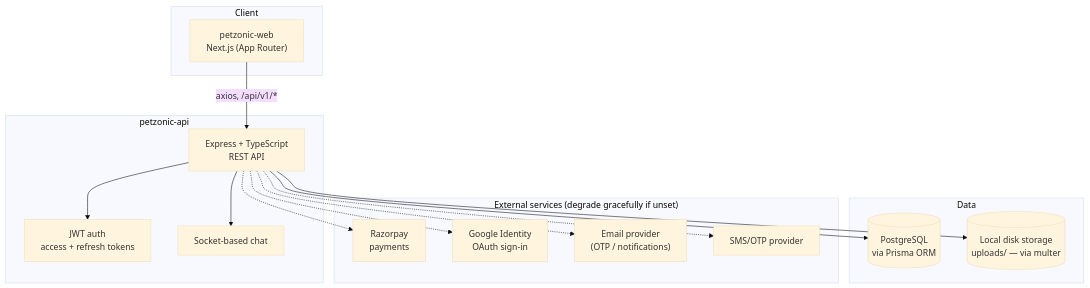
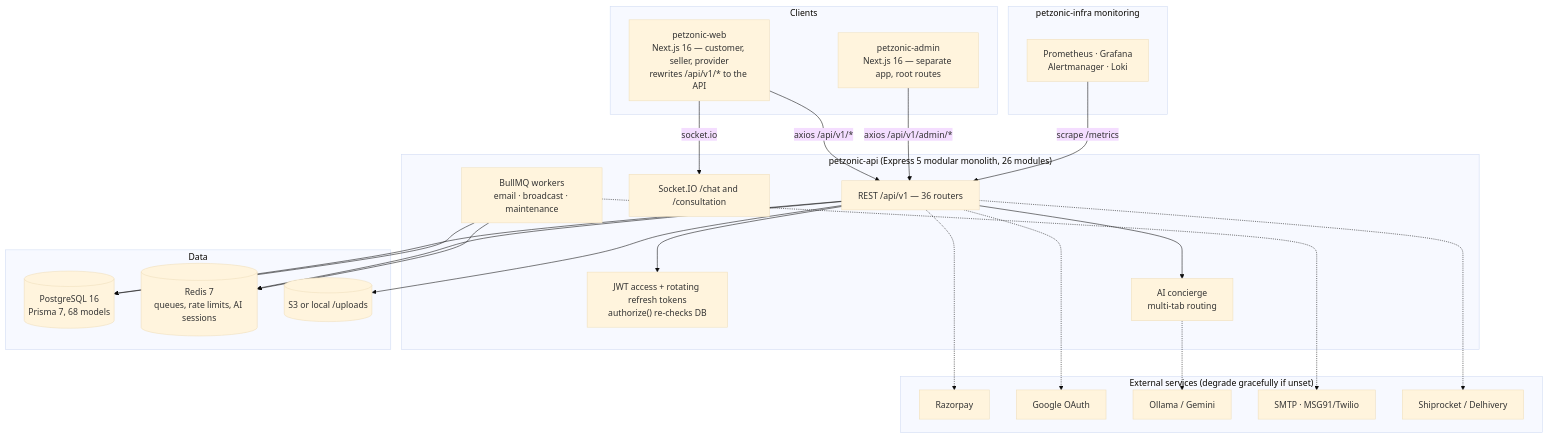
The fourth of 5 diagrams in docs/08-appication-visual diagram/application-interconnection.md (sudarsan-22/PetZonic), drawn with Mermaid (base theme) before and after one commit. The commit also changed other lines of this file and 44 other files, not shown here.

````diff
--- a/docs/08-appication-visual diagram/application-interconnection.md
+++ b/docs/08-appication-visual diagram/application-interconnection.md
@@ -149,34 +149,50 @@
 ```mermaid
 graph TB
-    subgraph Client
-        WEB["petzonic-web<br/>Next.js (App Router)"]
+    subgraph Clients
+        WEB["petzonic-web<br/>Next.js 16 — customer, seller, provider<br/>rewrites /api/v1/* to the API"]
+        ADM["petzonic-admin<br/>Next.js 16 — separate app, root routes"]
     end
 
-    subgraph Backend["petzonic-api"]
-        EXP["Express + TypeScript<br/>REST API"]
-        AUTH["JWT auth<br/>access + refresh tokens"]
-        SOCKET["Socket-based chat"]
+    subgraph Backend["petzonic-api (Express 5 modular monolith, 26 modules)"]
+        EXP["REST /api/v1 — 36 routers"]
+        AUTH["JWT access + rotating refresh tokens<br/>authorize() re-checks DB"]
+        SOCKET["Socket.IO /chat and /consultation"]
+        AI["AI concierge<br/>multi-tab routing"]
+        JOBS["BullMQ workers<br/>email · broadcast · maintenance"]
     end
 
     subgraph Data
-        PG[("PostgreSQL<br/>via Prisma ORM")]
-        DISK[("Local disk storage<br/>uploads/ — via multer")]
+        PG[("PostgreSQL 16<br/>Prisma 7, 68 models")]
+        REDIS[("Redis 7<br/>queues, rate limits, AI sessions")]
+        FILES[("S3 or local /uploads")]
     end
 
     subgraph External["External services (degrade gracefully if unset)"]
-        RZP["Razorpay<br/>payments"]
-        GOOG["Google Identity<br/>OAuth sign-in"]
-        SMTP["Email provider<br/>(OTP / notifications)"]
-        SMS["SMS/OTP provider"]
+        RZP["Razorpay"]
+        GOOG["Google OAuth"]
+        LLM["Ollama / Gemini"]
+        MSG["SMTP · MSG91/Twilio"]
+        SHIP["Shiprocket / Delhivery"]
     end
 
-    WEB -- "axios, /api/v1/*" --> EXP
+    subgraph Ops["petzonic-infra monitoring"]
+        PROM["Prometheus · Grafana<br/>Alertmanager · Loki"]
+    end
+
+    WEB -- "axios /api/v1/*" --> EXP
+    ADM -- "axios /api/v1/admin/*" --> EXP
+    WEB -- "socket.io" --> SOCKET
     EXP --> AUTH
-    EXP --> SOCKET
+    EXP --> AI
     EXP --> PG
-    EXP --> DISK
+    EXP --> REDIS
+    EXP --> FILES
+    JOBS --> REDIS
+    JOBS --> PG
     EXP -.-> RZP
     EXP -.-> GOOG
-    EXP -.-> SMTP
-    EXP -.-> SMS
+    AI -.-> LLM
+    JOBS -.-> MSG
+    EXP -.-> SHIP
+    PROM -- "scrape /metrics" --> EXP
 ```
````
